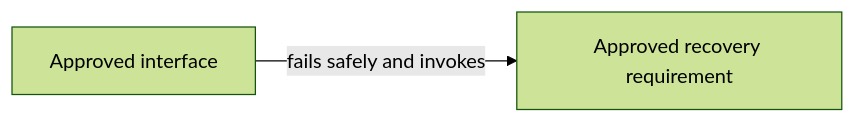
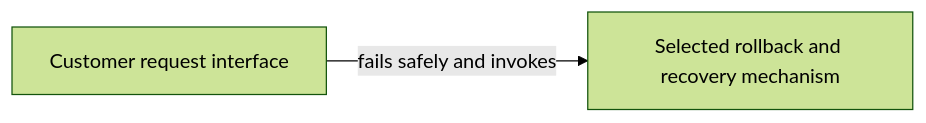
One commit to Levi-Breedlove/codex-aws-aidlc changed the fourth of 4 diagrams in .agents/skills/fastlane/references/diagram-patterns.md. Above: the diagram before and after it, drawn with Mermaid (forest theme). The commit also changed other lines of this file and 42 other files, not shown here.

First line of the commit message:
feat: qualify human architecture diagrams for Fastlane 1.2.35 (#104)

````diff
--- a/.agents/skills/fastlane/references/diagram-patterns.md
+++ b/.agents/skills/fastlane/references/diagram-patterns.md
@@ -49,6 +151,8 @@
 ```mermaid
 flowchart LR
-    API-000["Approved interface"]
-    REL-000["Approved recovery requirement"]
-    API-000 -->|fails safely and invokes| REL-000
+    accTitle: Application failure and recovery path
+    accDescr: A failed request preserves approved state and invokes the planned rollback and recovery path.
+    API-000["Customer request interface"]
+    TECH-0005["Selected rollback and recovery mechanism"]
+    API-000 -->|fails safely and invokes| TECH-0005
 ```
````
